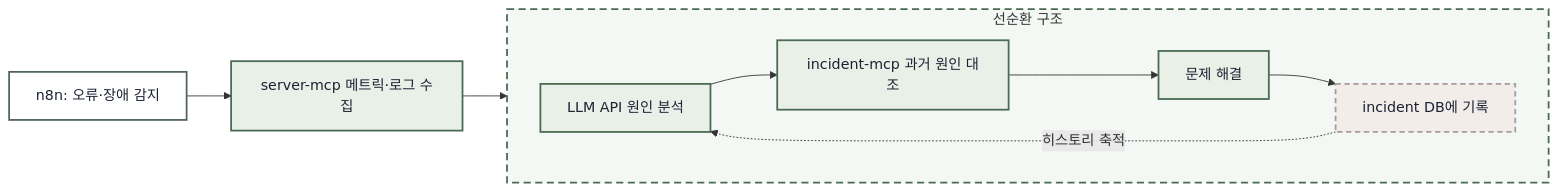
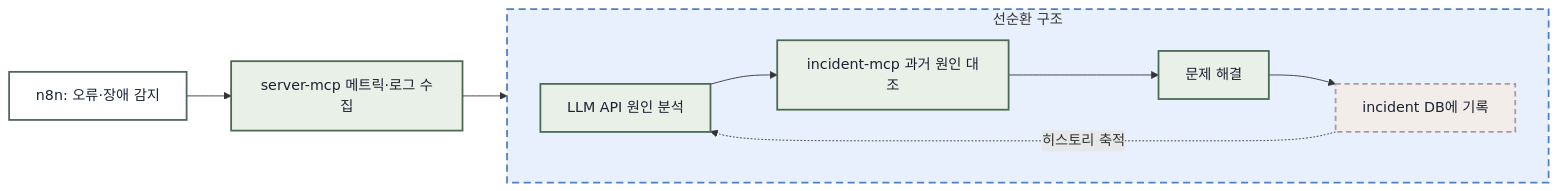
Before and after one commit to leaf-nam/portfolio: the diagram in assets/docs/ops-response-flow.mmd, drawn with Mermaid.

Commit message:
style: blue cycle box in ops flowchart

```diff
--- a/assets/docs/ops-response-flow.mmd
+++ b/assets/docs/ops-response-flow.mmd
@@ -1,20 +1,20 @@
 flowchart LR
     %% 장애 대응 흐름 + 선순환 구분 (초안)
     %% 미리보기: https://mermaid.live 에 붙여넣기
     TR["n8n: 오류·장애 감지"] --> C["server-mcp 메트릭·로그 수집"] --> L
     subgraph CYCLE["선순환 구조"]
         direction LR
         L["LLM API 원인 분석"]
         L --> I["incident-mcp 과거 원인 대조"]
         I --> S["문제 해결"]
         S --> R["incident DB에 기록"]
         R -. "히스토리 축적" .-> L
     end
     classDef step fill:#e9f0e7,stroke:#4a6a53,stroke-width:2px,color:#1a2233
     classDef rec fill:#f2ede9,stroke:#a99aa3,stroke-width:2px,stroke-dasharray:6 4,color:#1a2233
-    classDef cyclebox fill:#f4f8f4,stroke:#4a6a53,stroke-width:2px,stroke-dasharray:8 5
+    classDef cyclebox fill:#e8f0fe,stroke:#4f7fc4,stroke-width:2px,stroke-dasharray:8 5
     classDef trig fill:#ffffff,stroke:#51655c,stroke-width:2px,color:#1a2233
     class C,L,I,S step
     class R rec
     class TR trig
     class CYCLE cyclebox
```
